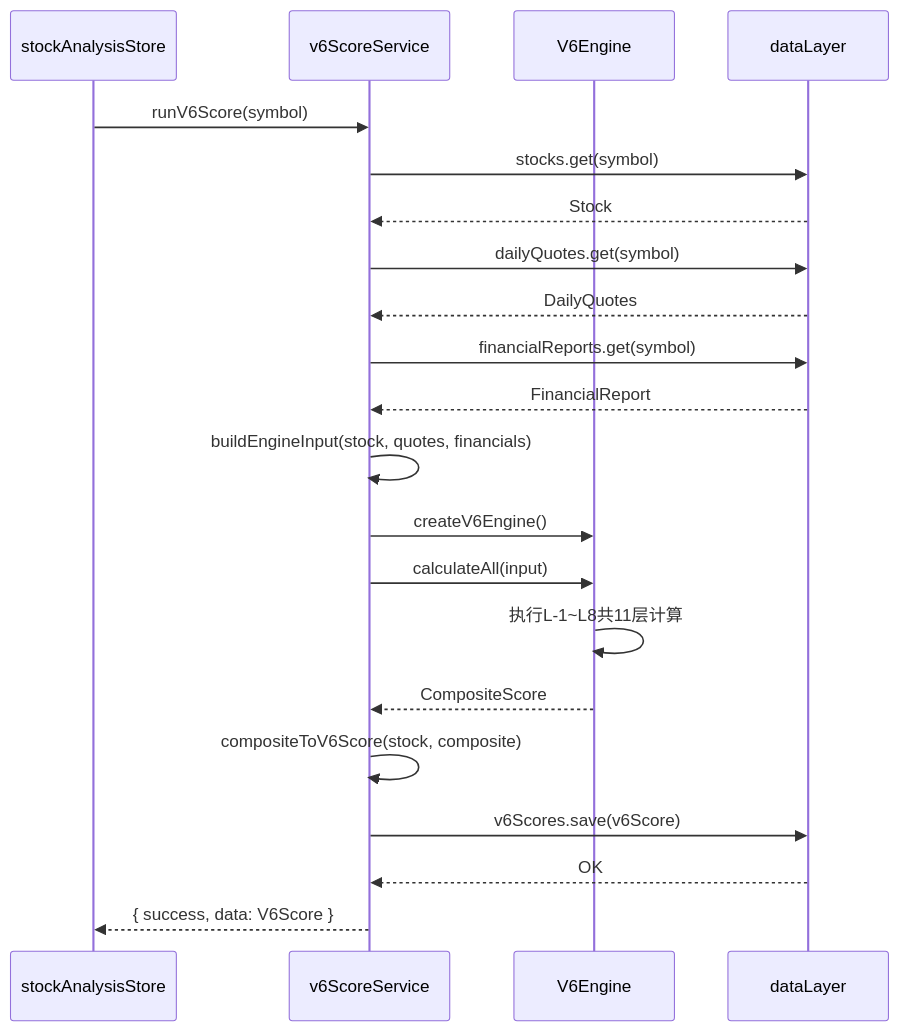
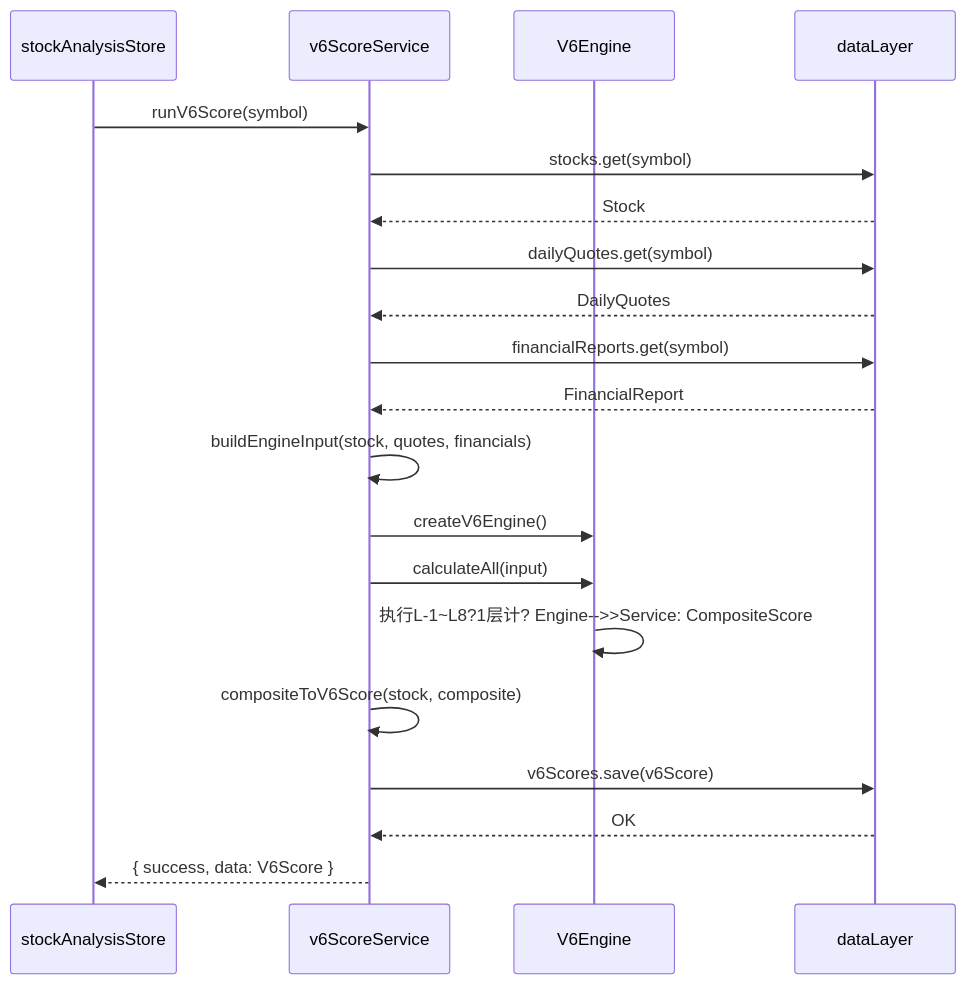
Before and after one commit to DHENGHONGYU/-: the sixth of 19 diagrams in docs/explanation/design/databridge数据链路全景分析报告.md, drawn with Mermaid. The commit also changed other lines of this file and 1711 other files, not shown here.

````diff
--- a/docs/explanation/design/databridge数据链路全景分析报告.md
+++ b/docs/explanation/design/databridge数据链路全景分析报告.md
@@ -203,31 +198,30 @@
 ```mermaid
 sequenceDiagram
     participant Store as stockAnalysisStore
     participant Service as v6ScoreService
     participant Engine as V6Engine
     participant DataLayer as dataLayer
     
     Store->>Service: runV6Score(symbol)
     Service->>DataLayer: stocks.get(symbol)
     DataLayer-->>Service: Stock
     
     Service->>DataLayer: dailyQuotes.get(symbol)
     DataLayer-->>Service: DailyQuotes
     
     Service->>DataLayer: financialReports.get(symbol)
     DataLayer-->>Service: FinancialReport
     
     Service->>Service: buildEngineInput(stock, quotes, financials)
     
     Service->>Engine: createV6Engine()
     Service->>Engine: calculateAll(input)
-    Engine->>Engine: 执行L-1~L8共11层计算
-    Engine-->>Service: CompositeScore
+    Engine->>Engine: 执行L-1~L8?1层计?    Engine-->>Service: CompositeScore
     
     Service->>Service: compositeToV6Score(stock, composite)
     
     Service->>DataLayer: v6Scores.save(v6Score)
     DataLayer-->>Service: OK
     
     Service-->>Store: { success, data: V6Score }
 ```
````
